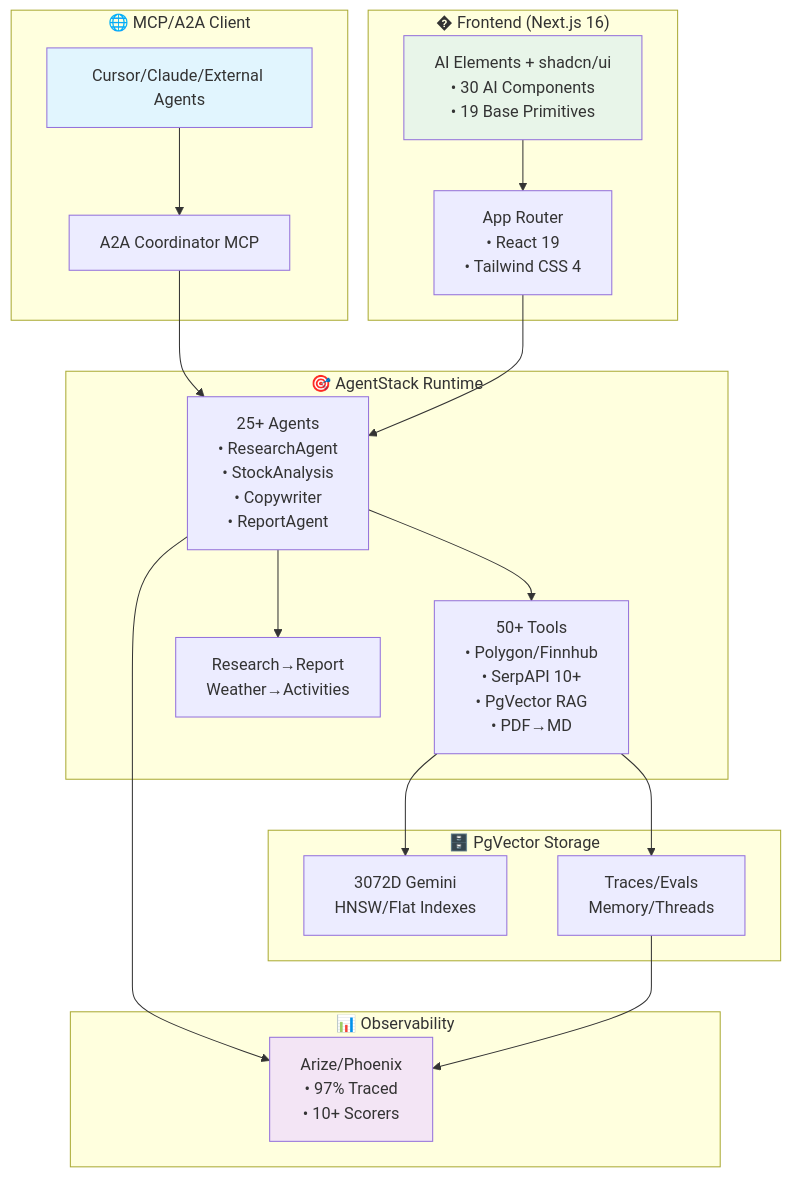
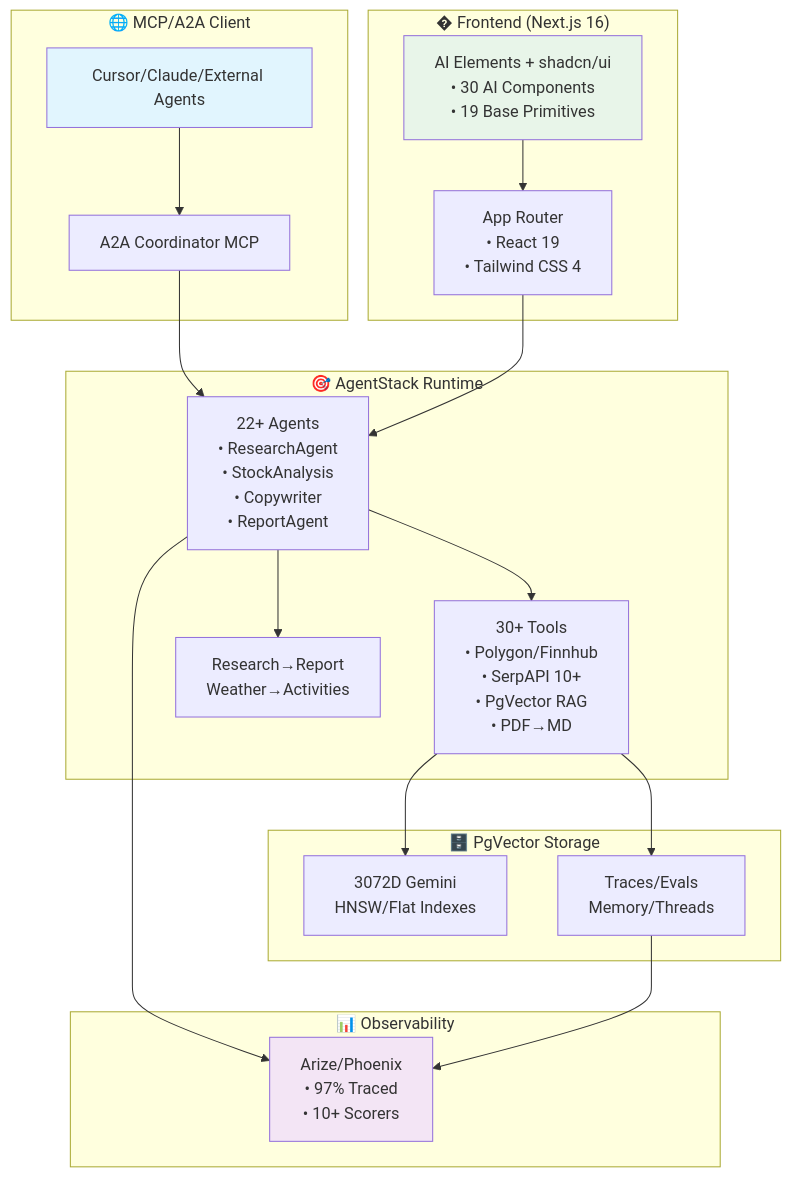
The first of 3 diagrams in README.md (ssdeanx/AgentStack), drawn with Mermaid before and after one commit. The commit also changed other lines of this file and 28 other files, not shown here.

````diff
--- a/README.md
+++ b/README.md
@@ -67,34 +66,34 @@
 ```mermaid
 graph TB
     subgraph "� Frontend (Next.js 16)"
         UI[AI Elements + shadcn/ui<br/>• 30 AI Components<br/>• 19 Base Primitives]
         App[App Router<br/>• React 19<br/>• Tailwind CSS 4]
     end
 
     subgraph "🌐 MCP/A2A Client"
         Client[Cursor/Claude/External Agents] --> Coord[A2A Coordinator MCP]
     end
 
     subgraph "🎯 AgentStack Runtime"
-        Coord --> Agents[25+ Agents<br/>• ResearchAgent<br/>• StockAnalysis<br/>• Copywriter<br/>• ReportAgent]
-        Agents --> Tools[50+ Tools<br/>• Polygon/Finnhub<br/>• SerpAPI 10+<br/>• PgVector RAG<br/>• PDF→MD]
+        Coord --> Agents[22+ Agents<br/>• ResearchAgent<br/>• StockAnalysis<br/>• Copywriter<br/>• ReportAgent]
+        Agents --> Tools[30+ Tools<br/>• Polygon/Finnhub<br/>• SerpAPI 10+<br/>• PgVector RAG<br/>• PDF→MD]
         Agents --> Workflows[Research→Report<br/>Weather→Activities]
     end
 
     subgraph "🗄️ PgVector Storage"
         Tools --> Embeddings[3072D Gemini<br/>HNSW/Flat Indexes]
         Tools --> Postgres[Traces/Evals<br/>Memory/Threads]
     end
 
     subgraph "📊 Observability"
         Agents --> Arize[Arize/Phoenix<br/>• 97% Traced<br/>• 10+ Scorers]
         Postgres --> Arize
     end
 
     UI --> App
     App --> Agents
 
     style Client fill:#e1f5fe
     style Arize fill:#f3e5f5
     style UI fill:#e8f5e9
 ```
````
